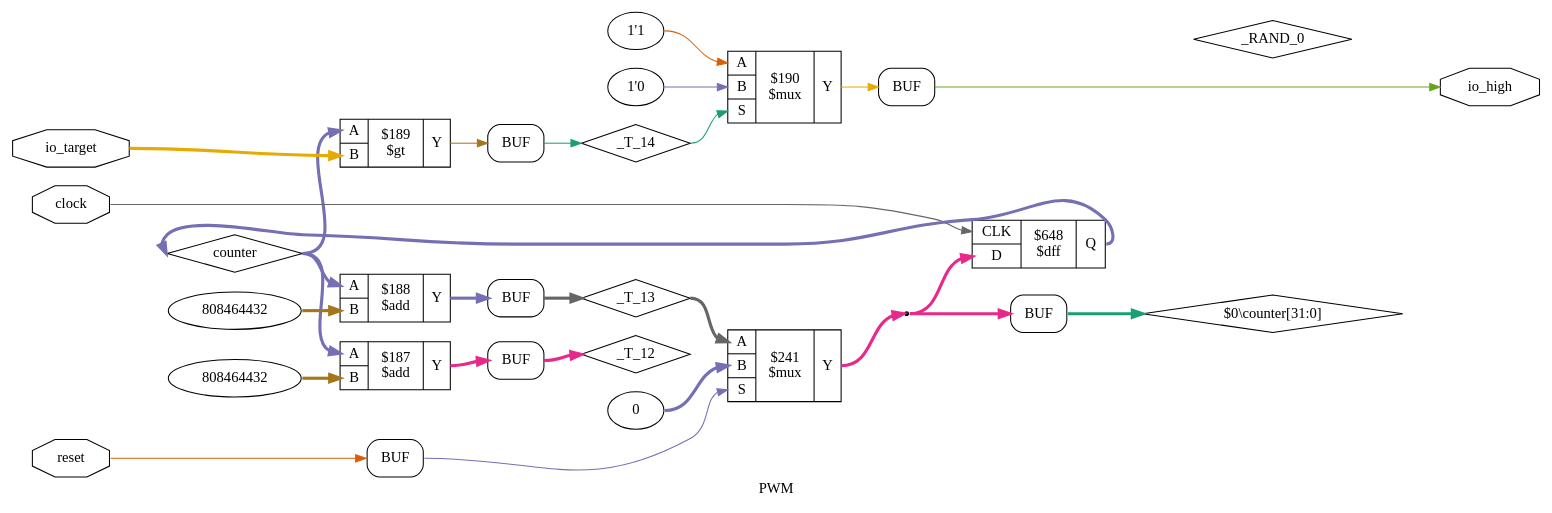
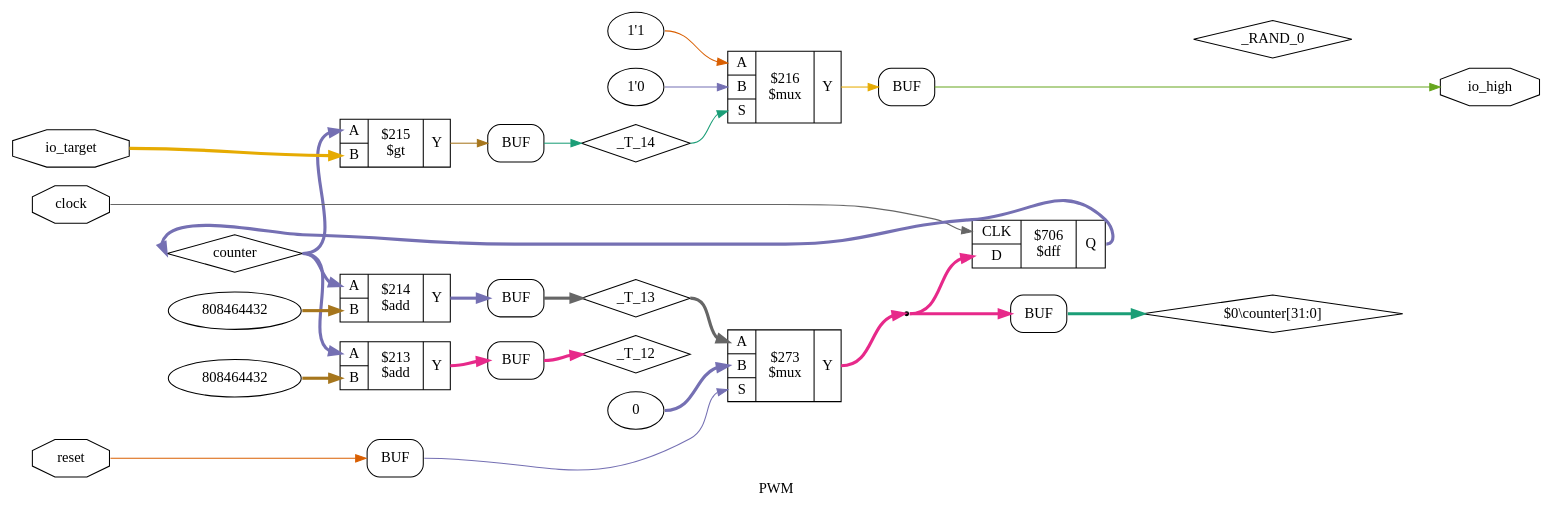
The diagram in graphs/yosys/PWM_gen.dot (TDT4295-2019-groupA/FPGA), drawn with Graphviz before and after one commit. The commit also changed 92 other files, not shown here.

First line of the commit message:
make graphs

```diff
--- a/graphs/yosys/PWM_gen.dot
+++ b/graphs/yosys/PWM_gen.dot
@@ -1,62 +1,62 @@
 digraph "PWM" {
 label="PWM";
 rankdir="LR";
 remincross=true;
 n8 [ shape=diamond, label="_T_14", color="black", fontcolor="black" ];
 n9 [ shape=diamond, label="_T_13", color="black", fontcolor="black" ];
 n10 [ shape=diamond, label="_T_12", color="black", fontcolor="black" ];
 n11 [ shape=diamond, label="_RAND_0", color="black", fontcolor="black" ];
 n12 [ shape=diamond, label="counter", color="black", fontcolor="black" ];
 n13 [ shape=octagon, label="io_target", color="black", fontcolor="black" ];
 n14 [ shape=octagon, label="io_high", color="black", fontcolor="black" ];
 n15 [ shape=octagon, label="reset", color="black", fontcolor="black" ];
 n16 [ shape=octagon, label="clock", color="black", fontcolor="black" ];
 { rank="source"; n13; n15; n16;}
 { rank="sink"; n14;}
-c20 [ shape=record, label="{{<p17> CLK|<p18> D}|$648\n$dff|{<p19> Q}}" ];
+c20 [ shape=record, label="{{<p17> CLK|<p18> D}|$706\n$dff|{<p19> Q}}" ];
 v0 [ label="0" ];
-c25 [ shape=record, label="{{<p21> A|<p22> B|<p23> S}|$241\n$mux|{<p24> Y}}" ];
+c25 [ shape=record, label="{{<p21> A|<p22> B|<p23> S}|$273\n$mux|{<p24> Y}}" ];
 v1 [ label="1'0" ];
 v2 [ label="1'1" ];
-c26 [ shape=record, label="{{<p21> A|<p22> B|<p23> S}|$190\n$mux|{<p24> Y}}" ];
-c27 [ shape=record, label="{{<p21> A|<p22> B}|$189\n$gt|{<p24> Y}}" ];
+c26 [ shape=record, label="{{<p21> A|<p22> B|<p23> S}|$216\n$mux|{<p24> Y}}" ];
+c27 [ shape=record, label="{{<p21> A|<p22> B}|$215\n$gt|{<p24> Y}}" ];
 v3 [ label="808464432" ];
-c28 [ shape=record, label="{{<p21> A|<p22> B}|$188\n$add|{<p24> Y}}" ];
+c28 [ shape=record, label="{{<p21> A|<p22> B}|$214\n$add|{<p24> Y}}" ];
 v4 [ label="808464432" ];
-c29 [ shape=record, label="{{<p21> A|<p22> B}|$187\n$add|{<p24> Y}}" ];
+c29 [ shape=record, label="{{<p21> A|<p22> B}|$213\n$add|{<p24> Y}}" ];
 x5 [shape=box, style=rounded, label="BUF"];
 x6 [shape=box, style=rounded, label="BUF"];
 x7 [shape=box, style=rounded, label="BUF"];
 x8 [shape=box, style=rounded, label="BUF"];
 x9 [shape=box, style=rounded, label="BUF"];
 x10 [shape=box, style=rounded, label="BUF"];
 n1 [ shape=point ];
 c25:p24:e -> n1:w [colorscheme="dark28", color="4", fontcolor="4", style="setlinewidth(3)", label=""];
 n1:e -> c20:p18:w [colorscheme="dark28", color="4", fontcolor="4", style="setlinewidth(3)", label=""];
 n1:e -> x10:w:w [colorscheme="dark28", color="4", fontcolor="4", style="setlinewidth(3)", label=""];
 x5:e:e -> n10:w [colorscheme="dark28", color="4", fontcolor="4", style="setlinewidth(3)", label=""];
 c20:p19:e -> n12:w [colorscheme="dark28", color="3", fontcolor="3", style="setlinewidth(3)", label=""];
 n12:e -> c27:p21:w [colorscheme="dark28", color="3", fontcolor="3", style="setlinewidth(3)", label=""];
 n12:e -> c28:p21:w [colorscheme="dark28", color="3", fontcolor="3", style="setlinewidth(3)", label=""];
 n12:e -> c29:p21:w [colorscheme="dark28", color="3", fontcolor="3", style="setlinewidth(3)", label=""];
 n13:e -> c27:p22:w [colorscheme="dark28", color="6", fontcolor="6", style="setlinewidth(3)", label=""];
 x8:e:e -> n14:w [colorscheme="dark28", color="5", fontcolor="5", label=""];
 n15:e -> x9:w:w [colorscheme="dark28", color="2", fontcolor="2", label=""];
 n16:e -> c20:p17:w [colorscheme="dark28", color="8", fontcolor="8", label=""];
 x9:e:e -> c25:p23:w [colorscheme="dark28", color="3", fontcolor="3", label=""];
 n3 [ shape=diamond, label="$0\\counter[31:0]" ];
 x10:e:e -> n3:w [colorscheme="dark28", color="1", fontcolor="1", style="setlinewidth(3)", label=""];
 c26:p24:e -> x8:w:w [colorscheme="dark28", color="6", fontcolor="6", label=""];
 c27:p24:e -> x7:w:w [colorscheme="dark28", color="7", fontcolor="7", label=""];
 c28:p24:e -> x6:w:w [colorscheme="dark28", color="3", fontcolor="3", style="setlinewidth(3)", label=""];
 c29:p24:e -> x5:w:w [colorscheme="dark28", color="4", fontcolor="4", style="setlinewidth(3)", label=""];
 x7:e:e -> n8:w [colorscheme="dark28", color="1", fontcolor="1", label=""];
 n8:e -> c26:p23:w [colorscheme="dark28", color="1", fontcolor="1", label=""];
 x6:e:e -> n9:w [colorscheme="dark28", color="8", fontcolor="8", style="setlinewidth(3)", label=""];
 n9:e -> c25:p21:w [colorscheme="dark28", color="8", fontcolor="8", style="setlinewidth(3)", label=""];
 v0:e -> c25:p22:w [colorscheme="dark28", color="3", fontcolor="3", style="setlinewidth(3)", label=""];
 v1:e -> c26:p22:w [colorscheme="dark28", color="3", fontcolor="3", label=""];
 v2:e -> c26:p21:w [colorscheme="dark28", color="2", fontcolor="2", label=""];
 v3:e -> c28:p22:w [colorscheme="dark28", color="7", fontcolor="7", style="setlinewidth(3)", label=""];
 v4:e -> c29:p22:w [colorscheme="dark28", color="7", fontcolor="7", style="setlinewidth(3)", label=""];
 }
```
